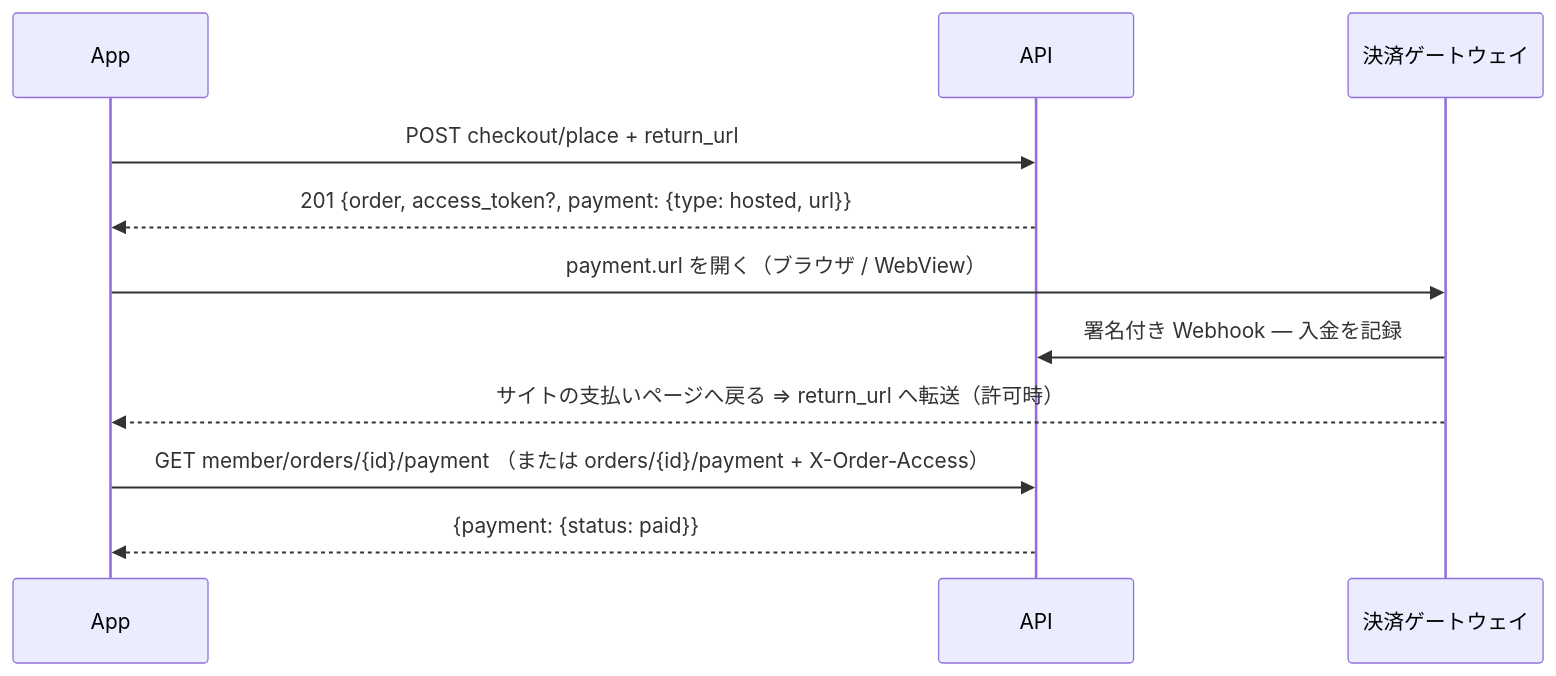
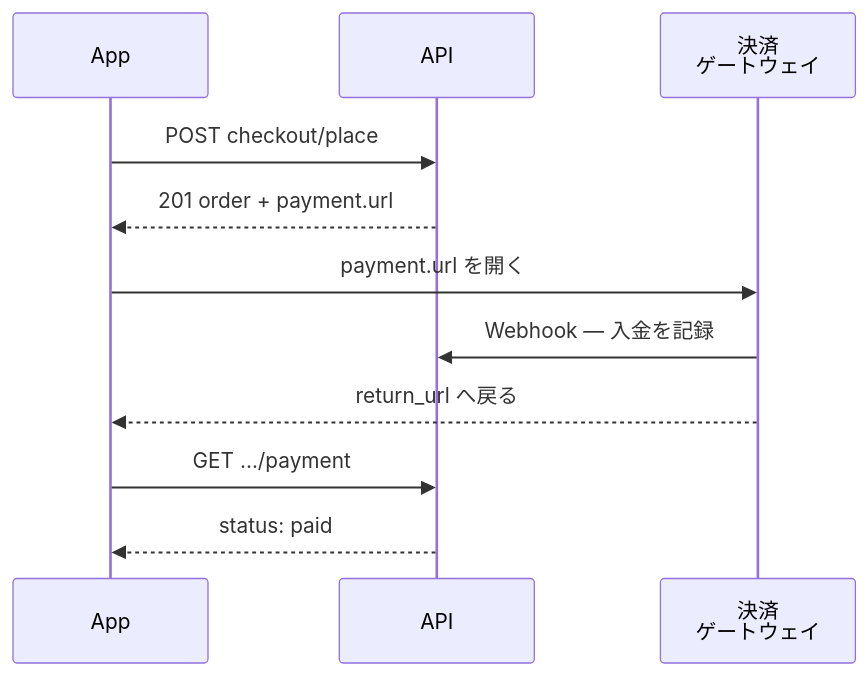
Before and after one commit to gp247net/gp247-docs: the fifth of 5 diagrams in api/api-storefront_ja.md, drawn with Mermaid. The commit also changed other lines of this file and 44 other files, not shown here.

First line of the commit message:
docs: redraw oversized diagrams in security, API and MCP docs (vi/en/ja)

````diff
--- a/api/api-storefront_ja.md
+++ b/api/api-storefront_ja.md
@@ -295,13 +289,13 @@
 ```mermaid
 sequenceDiagram
   participant App
   participant API
-  participant GW as 決済ゲートウェイ
-  App->>API: POST checkout/place + return_url
-  API-->>App: 201 {order, access_token?, payment: {type: hosted, url}}
-  App->>GW: payment.url を開く（ブラウザ / WebView）
-  GW->>API: 署名付き Webhook — 入金を記録
-  GW-->>App: サイトの支払いページへ戻る ⇒ return_url へ転送（許可時）
-  App->>API: GET member/orders/{id}/payment （または orders/{id}/payment + X-Order-Access）
-  API-->>App: {payment: {status: paid}}
+  participant GW as 決済<br/>ゲートウェイ
+  App->>API: POST checkout/place
+  API-->>App: 201 order + payment.url
+  App->>GW: payment.url を開く
+  GW->>API: Webhook — 入金を記録
+  GW-->>App: return_url へ戻る
+  App->>API: GET …/payment
+  API-->>App: status: paid
 ```
````
